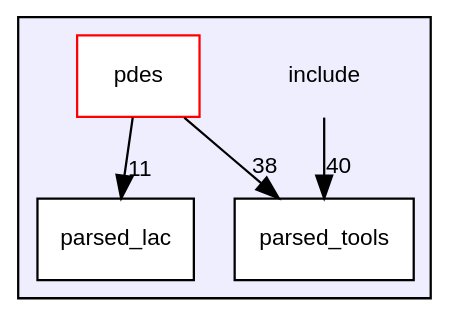
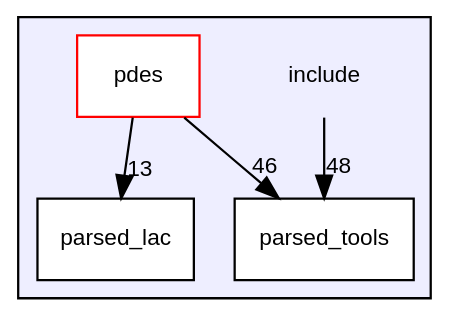
The diagram in dir_d44c64559bbebec7f509842c48db8b23_dep.dot (luca-heltai/fsi-suite), drawn with Graphviz before and after one commit. The commit also changed 738 other files, not shown here.

```diff
--- a/dir_d44c64559bbebec7f509842c48db8b23_dep.dot
+++ b/dir_d44c64559bbebec7f509842c48db8b23_dep.dot
@@ -1,16 +1,16 @@
 digraph "include" {
   bgcolor=transparent;
   compound=true
   node [ fontsize="10", fontname="Helvetica"];
   edge [ labelfontsize="10", labelfontname="Helvetica"];
   subgraph clusterdir_d44c64559bbebec7f509842c48db8b23 {
     graph [ bgcolor="#eeeeff", pencolor="black", label="" URL="dir_d44c64559bbebec7f509842c48db8b23.html"];
     dir_d44c64559bbebec7f509842c48db8b23 [shape=plaintext label="include"];
     dir_65593bf93f1e4428cc81baf4bb94349f [shape=box label="parsed_lac" color="black" fillcolor="white" style="filled" URL="dir_65593bf93f1e4428cc81baf4bb94349f.html"];
     dir_8e8448d9aef603b86753e7cb911804a9 [shape=box label="parsed_tools" color="black" fillcolor="white" style="filled" URL="dir_8e8448d9aef603b86753e7cb911804a9.html"];
     dir_60faf9a10d52b04582224b9116454383 [shape=box label="pdes" color="red" fillcolor="white" style="filled" URL="dir_60faf9a10d52b04582224b9116454383.html"];
   }
-  dir_60faf9a10d52b04582224b9116454383->dir_8e8448d9aef603b86753e7cb911804a9 [headlabel="38", labeldistance=1.5 headhref="dir_000005_000004.html"];
-  dir_60faf9a10d52b04582224b9116454383->dir_65593bf93f1e4428cc81baf4bb94349f [headlabel="11", labeldistance=1.5 headhref="dir_000005_000003.html"];
-  dir_d44c64559bbebec7f509842c48db8b23->dir_8e8448d9aef603b86753e7cb911804a9 [headlabel="40", labeldistance=1.5 headhref="dir_000002_000004.html"];
+  dir_60faf9a10d52b04582224b9116454383->dir_8e8448d9aef603b86753e7cb911804a9 [headlabel="46", labeldistance=1.5 headhref="dir_000005_000004.html"];
+  dir_60faf9a10d52b04582224b9116454383->dir_65593bf93f1e4428cc81baf4bb94349f [headlabel="13", labeldistance=1.5 headhref="dir_000005_000003.html"];
+  dir_d44c64559bbebec7f509842c48db8b23->dir_8e8448d9aef603b86753e7cb911804a9 [headlabel="48", labeldistance=1.5 headhref="dir_000002_000004.html"];
 }
```
